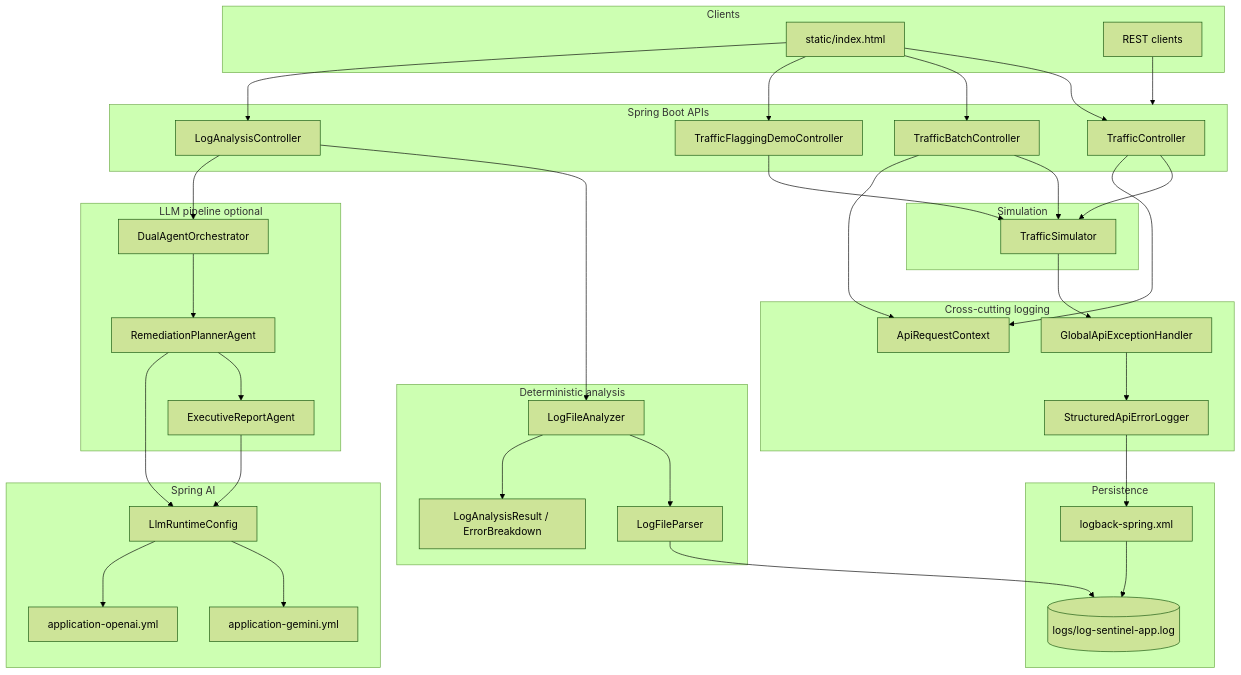
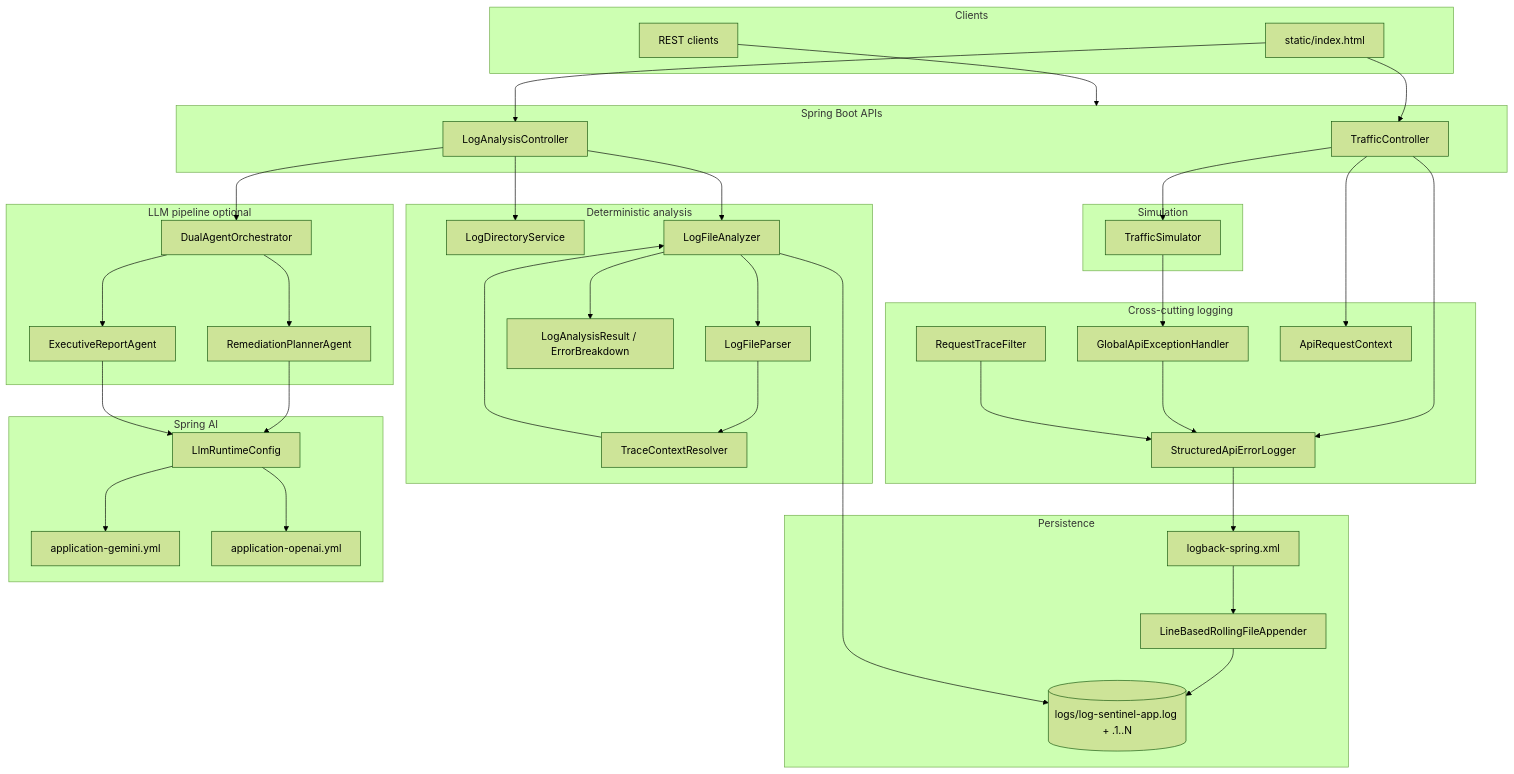
One commit to gajjalaroshan/test1 changed the diagram in docs/architecture/ARCHITECTURE.md. Above: the diagram before and after it, drawn with Mermaid (forest theme). The commit also changed other lines of this file and 35 other files, not shown here.

````diff
--- a/docs/architecture/ARCHITECTURE.md
+++ b/docs/architecture/ARCHITECTURE.md
@@ -7,75 +7,78 @@
 ```mermaid
 flowchart TB
     subgraph clients [Clients]
         UI[static/index.html]
         CURL[REST clients]
     end
 
     subgraph api [Spring Boot APIs]
         TC[TrafficController]
-        TB[TrafficBatchController]
-        TD[TrafficFlaggingDemoController]
         LA[LogAnalysisController]
     end
 
     subgraph sim [Simulation]
         TS[TrafficSimulator]
     end
 
     subgraph logging [Cross-cutting logging]
+        RTF[RequestTraceFilter]
         GEH[GlobalApiExceptionHandler]
         SAL[StructuredApiErrorLogger]
         ARC[ApiRequestContext]
     end
 
     subgraph persist [Persistence]
+        LBA[LineBasedRollingFileAppender]
         LB[logback-spring.xml]
-        LOG[(logs/log-sentinel-app.log)]
+        LOG[(logs/log-sentinel-app.log + .1..N)]
     end
 
     subgraph analysis [Deterministic analysis]
+        LDS[LogDirectoryService]
         P[LogFileParser]
+        TCR[TraceContextResolver]
         A[LogFileAnalyzer]
         R[LogAnalysisResult / ErrorBreakdown]
     end
 
     subgraph agents [LLM pipeline optional]
         O[DualAgentOrchestrator]
         RP[RemediationPlannerAgent]
         ER[ExecutiveReportAgent]
     end
 
     subgraph llm [Spring AI]
         CFG[LlmRuntimeConfig]
         GEM[application-gemini.yml]
         OAI[application-openai.yml]
     end
 
     UI --> TC
-    UI --> TB
-    UI --> TD
     UI --> LA
     CURL --> api
 
     TC --> TS
-    TB --> TS
-    TD --> TS
+    TC --> SAL
     TS --> GEH
     GEH --> SAL
     TC --> ARC
-    TB --> ARC
+    RTF --> SAL
     SAL --> LB
-    LB --> LOG
+    LB --> LBA
+    LBA --> LOG
 
+    LA --> LDS
     LA --> A
     A --> P
-    P --> LOG
+    P --> TCR
+    TCR --> A
+    A --> LOG
     A --> R
     LA --> O
     O --> RP
-    RP --> ER
+    O --> ER
     RP --> CFG
     ER --> CFG
     CFG --> GEM
     CFG --> OAI
 ```
````
